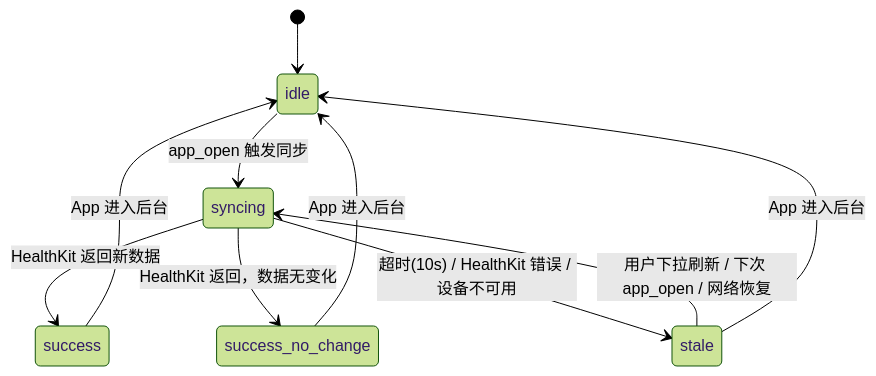
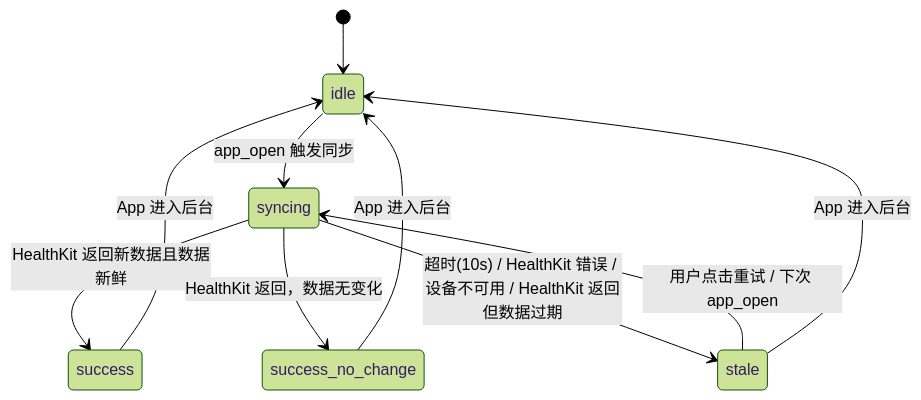
One commit to Trendolhxh/test changed the first of 4 diagrams in prd/data-sync-status/data-sync-status-prd.md. Above: the diagram before and after it, drawn with Mermaid (forest theme). The commit also changed other lines of this file, not shown here.

````diff
--- a/prd/data-sync-status/data-sync-status-prd.md
+++ b/prd/data-sync-status/data-sync-status-prd.md
@@ -58,12 +58,12 @@
 ```mermaid
 stateDiagram-v2
     [*] --> idle
     idle --> syncing : app_open 触发同步
-    syncing --> success : HealthKit 返回新数据
+    syncing --> success : HealthKit 返回新数据且数据新鲜
     syncing --> success_no_change : HealthKit 返回，数据无变化
-    syncing --> stale : 超时(10s) / HealthKit 错误 / 设备不可用
+    syncing --> stale : 超时(10s) / HealthKit 错误 / 设备不可用 / HealthKit 返回但数据过期
     success --> idle : App 进入后台
     success_no_change --> idle : App 进入后台
-    stale --> syncing : 用户下拉刷新 / 下次 app_open / 网络恢复
+    stale --> syncing : 用户点击重试 / 下次 app_open
     stale --> idle : App 进入后台
 ```
````
